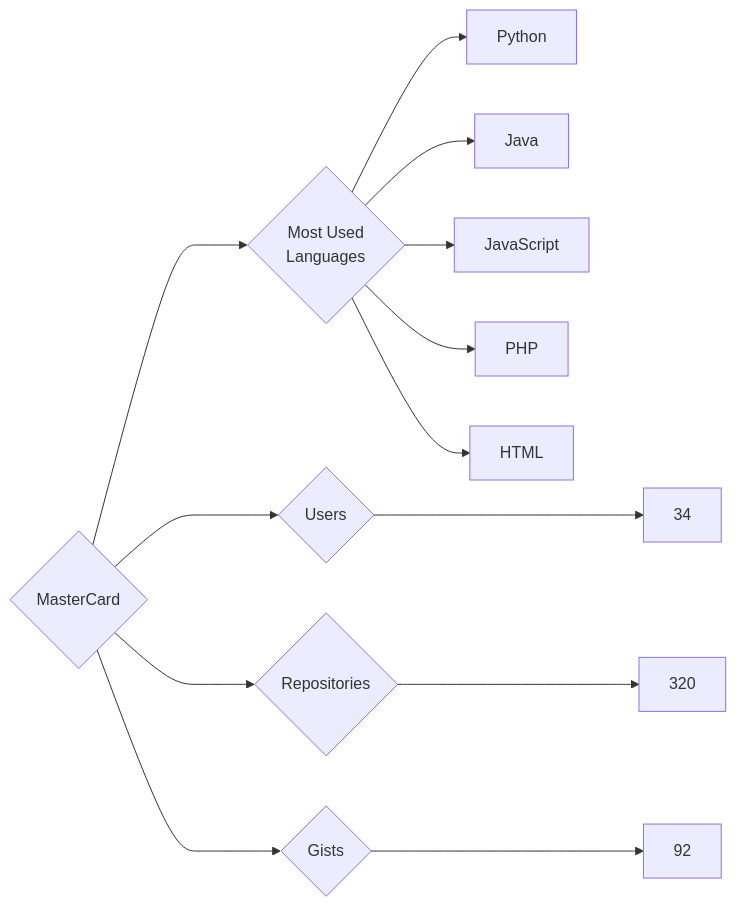
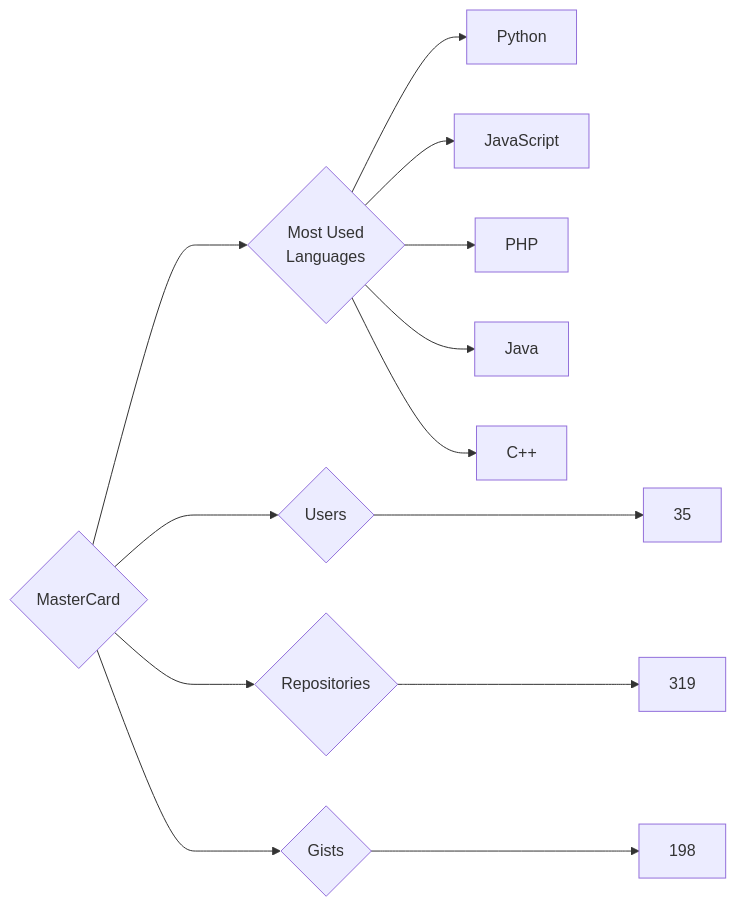
One commit to trickest/insiders changed the diagram in targets/MasterCard/README.md. Above: the diagram before and after it, drawn with Mermaid. The commit also changed 964 other files, not shown here.

````diff
--- a/targets/MasterCard/README.md
+++ b/targets/MasterCard/README.md
@@ -3,13 +3,13 @@
 ```mermaid
 graph LR
 COMPANY_NAME{MasterCard}
-COMPANY_NAME ---> U{Users} ---> UN[34]
-COMPANY_NAME ---> R{Repositories} ---> RN[320]
-COMPANY_NAME ---> G{Gists} ---> GN[92]
+COMPANY_NAME ---> U{Users} ---> UN[35]
+COMPANY_NAME ---> R{Repositories} ---> RN[319]
+COMPANY_NAME ---> G{Gists} ---> GN[198]
 COMPANY_NAME ---> ML{Most Used<br>Languages}
 ML --> Python[Python]
-ML --> Java[Java]
 ML --> JavaScript[JavaScript]
 ML --> PHP[PHP]
-ML --> HTML[HTML]
+ML --> Java[Java]
+ML --> C++[C++]
 ```
````
